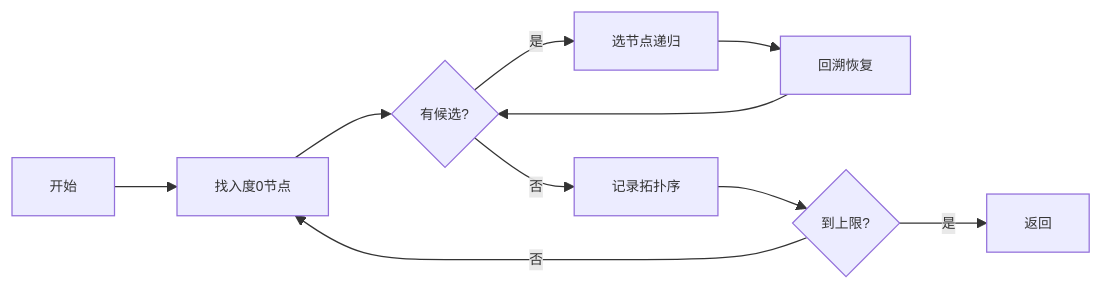
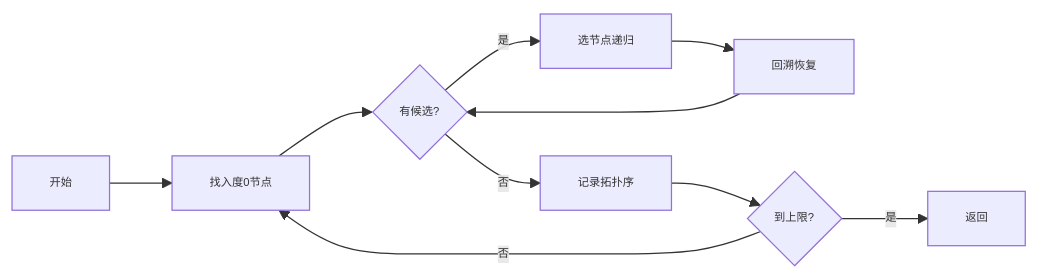
One commit to yyj138/topological-sort changed the second of 2 diagrams in README.md. Above: the diagram before and after it, drawn with Mermaid. The commit also changed other lines of this file, not shown here.

Commit message:
【main】同步README

````diff
--- a/README.md
+++ b/README.md
@@ -79,13 +79,13 @@
 ```mermaid
-%%{init: {'themeVariables': {'fontSize': '11px', 'fontFamily': 'Microsoft YaHei'}}}%%
+%%{init: {'themeVariables': {'fontSize': '9px', 'fontFamily': 'Microsoft YaHei'}}}%%
 flowchart LR
     S[开始] --> A[找入度0节点]
     A --> B{有候选?}
     B -->|是| C[选节点递归]
     C --> D[回溯恢复]
     D --> B
     B -->|否| E[记录拓扑序]
     E --> F{到上限?}
     F -->|否| A
     F -->|是| G[返回]
 ```
````
